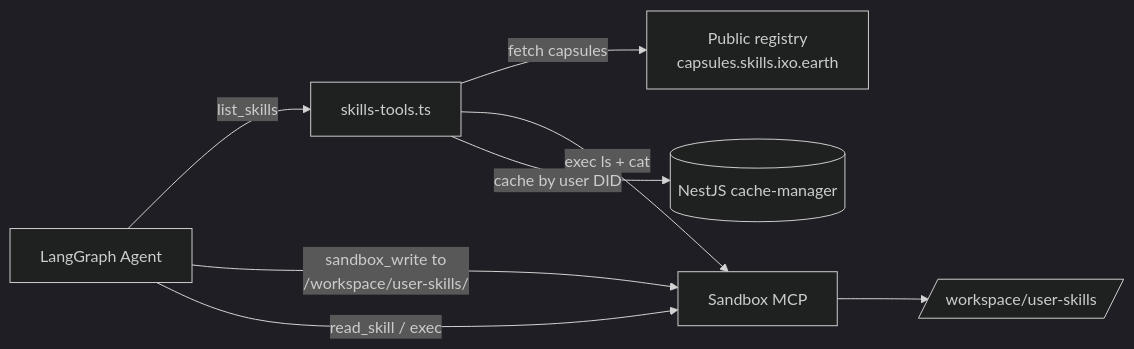
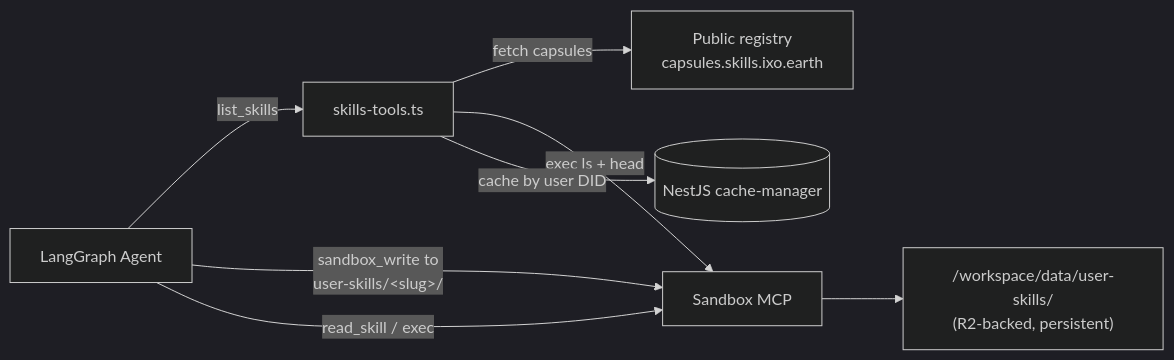
The diagram in specs/custom-skills-plan.md (ixoworld/ixo-oracles-boilerplate), drawn with Mermaid (dark theme) before and after one commit. The commit also changed other lines of this file, not shown here.

First line of the commit message:
docs: correct custom-skills plan after reading ai-sandbox source (v3)

````diff
--- a/specs/custom-skills-plan.md
+++ b/specs/custom-skills-plan.md
@@ -37,10 +45,10 @@
 ```mermaid
 graph LR
     LG[LangGraph Agent] -- "list_skills" --> ST[skills-tools.ts]
     ST -- "fetch capsules" --> R[Public registry<br/>capsules.skills.ixo.earth]
-    ST -- "exec ls + cat" --> SB[Sandbox MCP]
-    SB --> US[/workspace/user-skills/]
+    ST -- "exec ls + head" --> SB[Sandbox MCP]
+    SB --> US["/workspace/data/user-skills/<br/>(R2-backed, persistent)"]
     ST -- "cache by user DID" --> C[(NestJS cache-manager)]
-    LG -- "sandbox_write to<br/>/workspace/user-skills/" --> SB
+    LG -- "sandbox_write to<br/>user-skills/&lt;slug&gt;/" --> SB
     LG -- "read_skill / exec" --> SB
 ```
````
